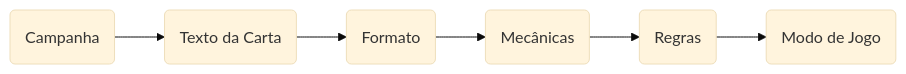
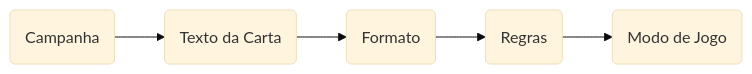
Before and after one commit to Paracosmus/ApotheosisRulebook: the diagram in guidelines.md, drawn with Mermaid (base theme). The commit also changed 6 other files, not shown here.

````diff
--- a/guidelines.md
+++ b/guidelines.md
@@ -19,9 +19,8 @@
 ```mermaid
 graph LR
     A(Campanha) --> B
     B(Texto da Carta) --> C
     C(Formato) --> D
-    D(Mecânicas) --> E
-    E(Regras) --> F
-    F(Modo de Jogo)
+    D(Regras) --> E
+    E(Modo de Jogo)
 ```
````
